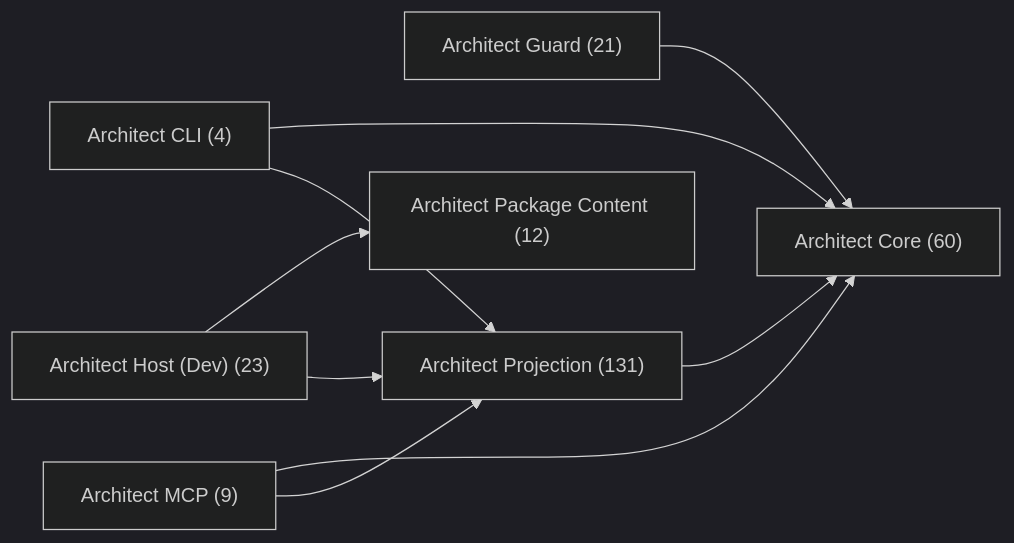
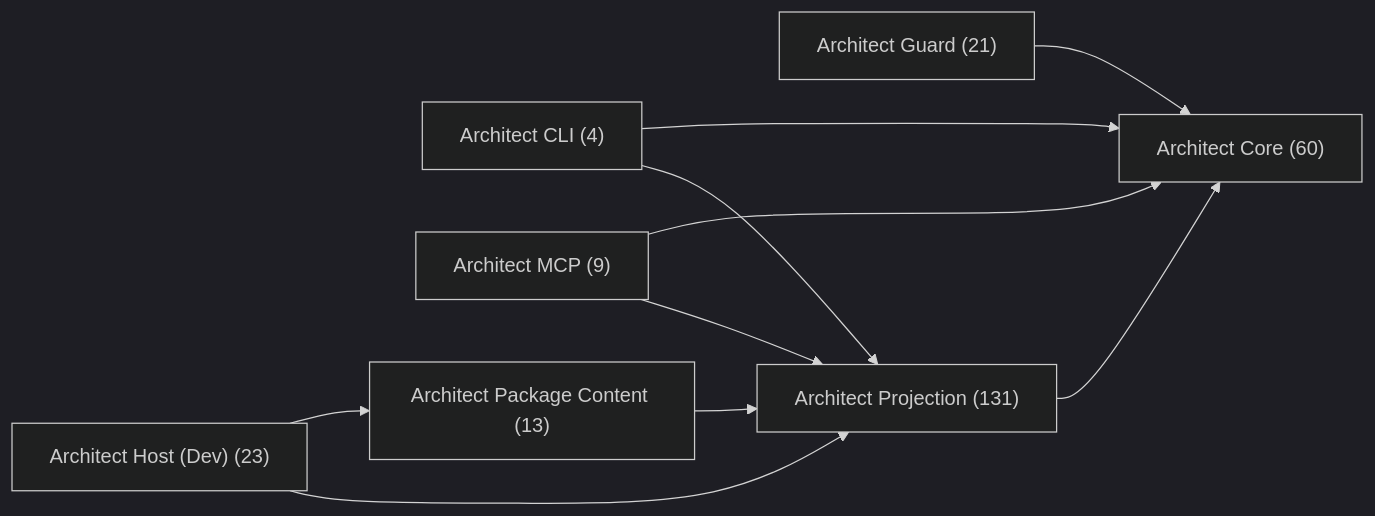
Before and after one commit to libar-dev/architect: the first of 8 diagrams in docs-live/architecture/package-seam.md, drawn with Mermaid (dark theme). The commit also changed other lines of this file and 9 other files, not shown here.

First line of the commit message:
chore(spec): TaxonomyDocumentationCluster roadmap->active (implementation in progress)

````diff
--- a/docs-live/architecture/package-seam.md
+++ b/docs-live/architecture/package-seam.md
@@ -18,18 +18,19 @@
 ```mermaid
 graph LR
   pkg_architect_cli["Architect CLI (4)"]
   pkg_architect_core["Architect Core (60)"]
   pkg_architect_guard["Architect Guard (21)"]
   pkg_architect_host_dev["Architect Host (Dev) (23)"]
   pkg_architect_mcp["Architect MCP (9)"]
-  pkg_architect_package_content["Architect Package Content (12)"]
+  pkg_architect_package_content["Architect Package Content (13)"]
   pkg_architect_projection["Architect Projection (131)"]
   pkg_architect_cli --> pkg_architect_core
   pkg_architect_cli --> pkg_architect_projection
   pkg_architect_guard --> pkg_architect_core
   pkg_architect_host_dev --> pkg_architect_package_content
   pkg_architect_host_dev --> pkg_architect_projection
   pkg_architect_mcp --> pkg_architect_core
   pkg_architect_mcp --> pkg_architect_projection
+  pkg_architect_package_content --> pkg_architect_projection
   pkg_architect_projection --> pkg_architect_core
 ```
````
